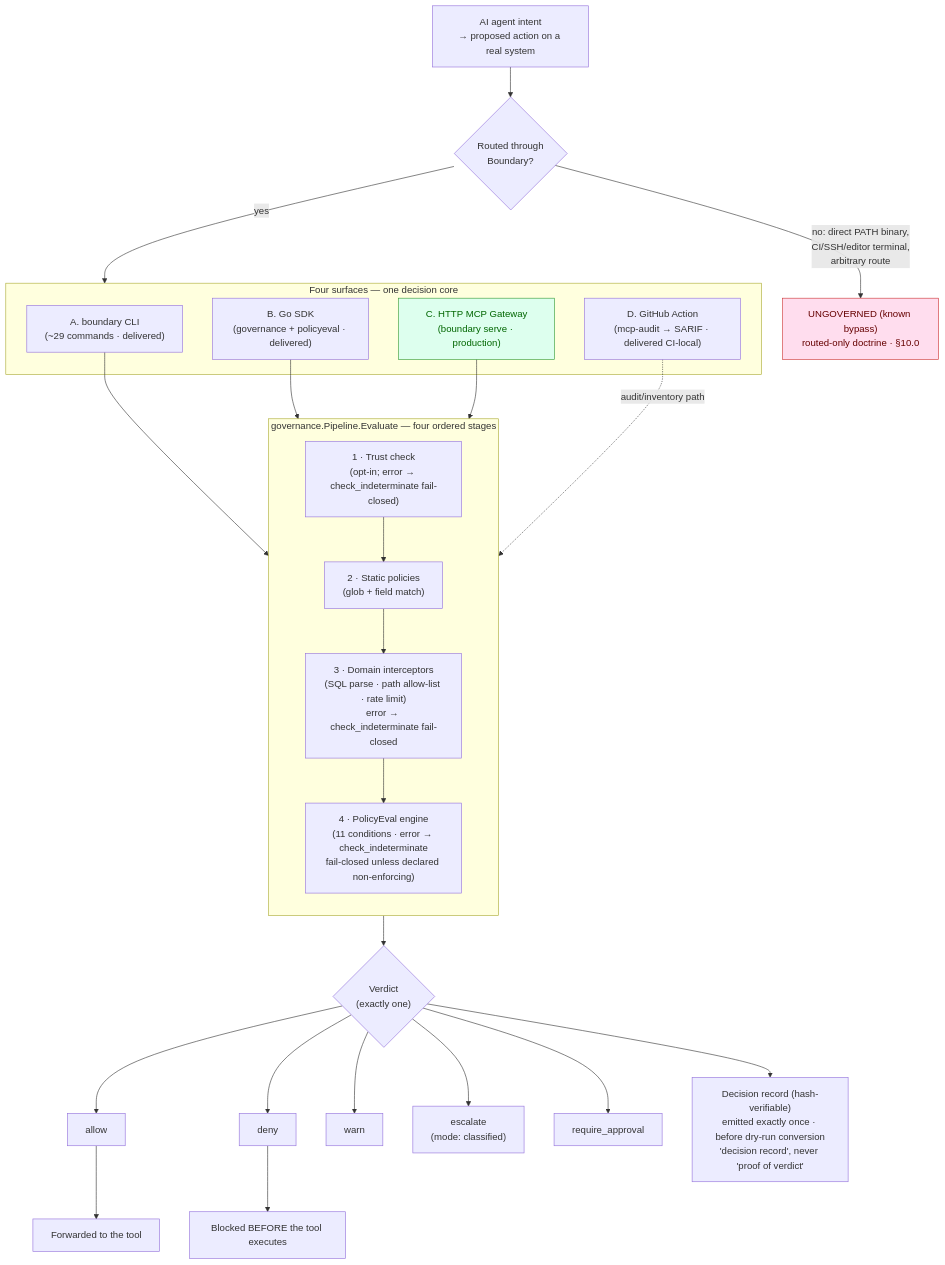
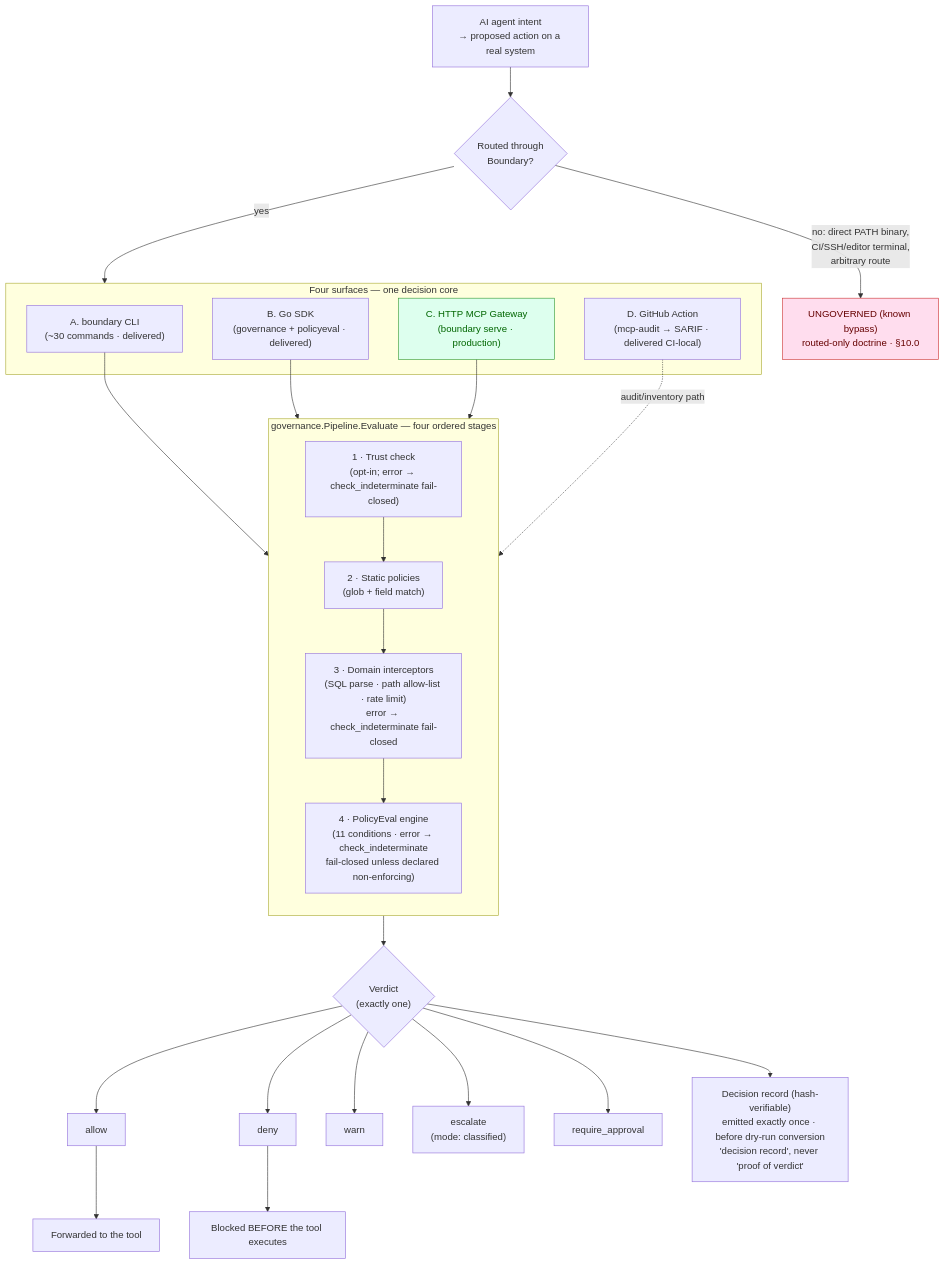
Before and after one commit to Fulcrum-Governance/Fulcrum-Boundary: the diagram in docs/BOUNDARY_SPEC.md, drawn with Mermaid. The commit also changed other lines of this file and 8 other files, not shown here.

````diff
--- a/docs/BOUNDARY_SPEC.md
+++ b/docs/BOUNDARY_SPEC.md
@@ -345,45 +354,45 @@
 ```mermaid
 flowchart TB
     subgraph Entrypoints["Four surfaces — one decision core"]
-        CLI["A. boundary CLI<br/>(~29 commands · delivered)"]
+        CLI["A. boundary CLI<br/>(~30 commands · delivered)"]
         SDK["B. Go SDK<br/>(governance + policyeval · delivered)"]
         GW["C. HTTP MCP Gateway<br/>(boundary serve · production)"]
         GHA["D. GitHub Action<br/>(mcp-audit → SARIF · delivered CI-local)"]
     end
 
     Agent["AI agent intent<br/>→ proposed action on a real system"] --> Route
 
     Route{"Routed through<br/>Boundary?"}
     Route -- "no: direct PATH binary,<br/>CI/SSH/editor terminal,<br/>arbitrary route" --> Bypass["UNGOVERNED (known bypass)<br/>routed-only doctrine · §10.0"]
     Route -- "yes" --> Entrypoints
 
     CLI --> P
     SDK --> P
     GW --> P
     GHA -. "audit/inventory path" .-> P
 
     subgraph P["governance.Pipeline.Evaluate — four ordered stages"]
         direction TB
         S1["1 · Trust check<br/>(opt-in; error → check_indeterminate fail-closed)"] --> S2
         S2["2 · Static policies<br/>(glob + field match)"] --> S3
         S3["3 · Domain interceptors<br/>(SQL parse · path allow-list · rate limit)<br/>error → check_indeterminate fail-closed"] --> S4
         S4["4 · PolicyEval engine<br/>(11 conditions · error → check_indeterminate<br/>fail-closed unless declared non-enforcing)"]
     end
 
     P --> Verdict{"Verdict<br/>(exactly one)"}
     Verdict --> ALLOW["allow"]
     Verdict --> DENY["deny"]
     Verdict --> WARN["warn"]
     Verdict --> ESC["escalate<br/>(mode: classified)"]
     Verdict --> REQ["require_approval"]
 
     DENY --> Block["Blocked BEFORE the tool executes"]
     ALLOW --> Forward["Forwarded to the tool"]
 
     Verdict --> Audit["Decision record (hash-verifiable)<br/>emitted exactly once · before dry-run conversion<br/>'decision record', never 'proof of verdict'"]
 
     classDef bypass fill:#fde,stroke:#c33,color:#600;
     classDef prod fill:#dfe,stroke:#393,color:#060;
     class Bypass bypass;
     class GW prod;
 ```
````
